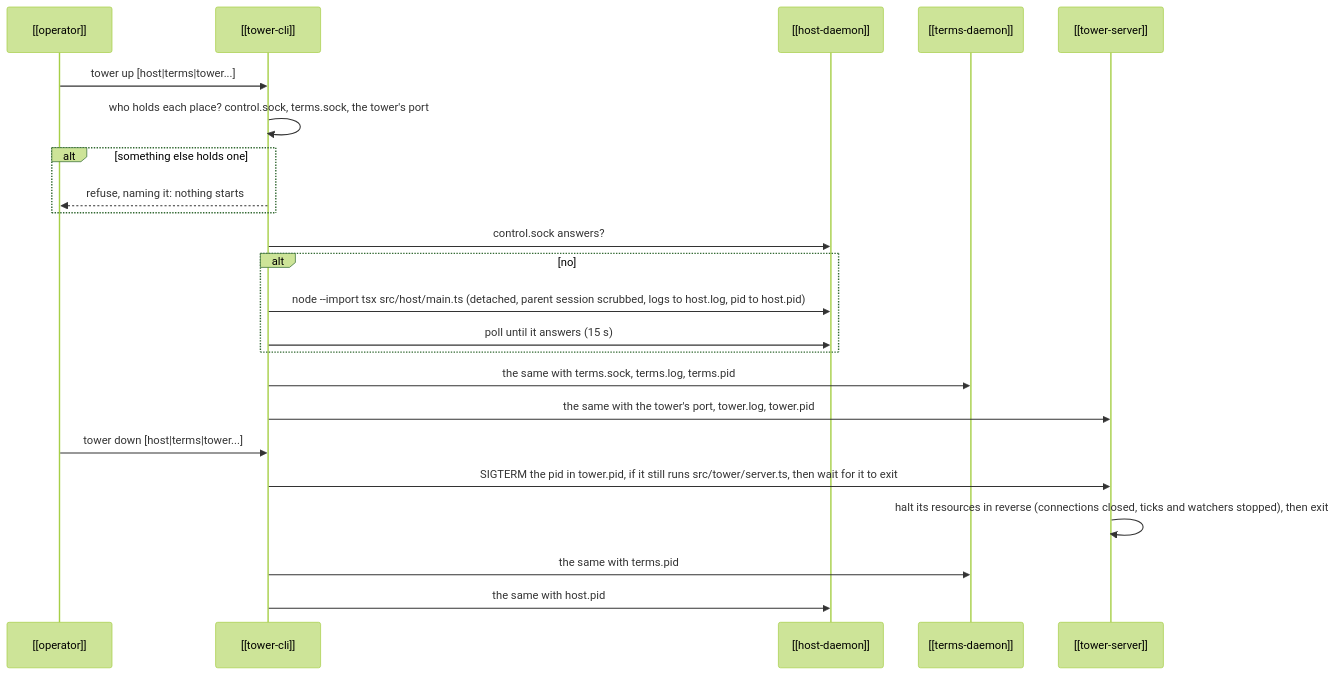
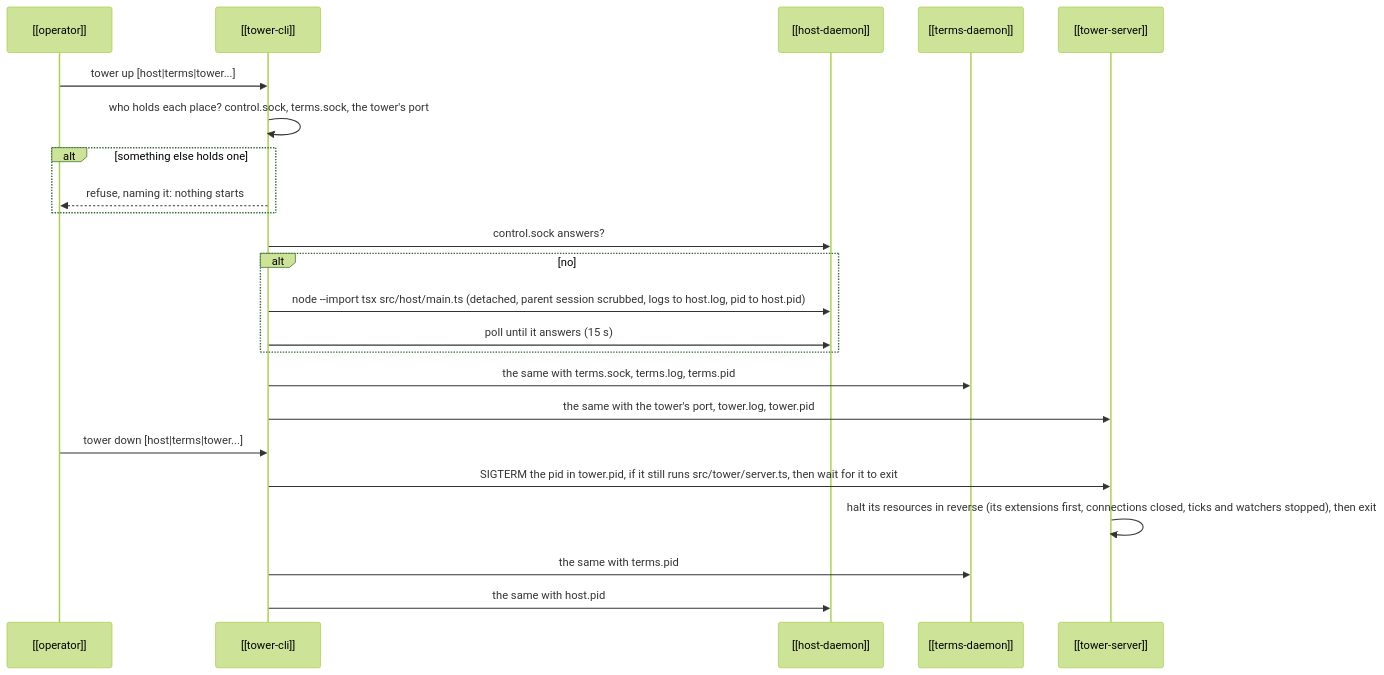
The diagram in kb/entities/flows/bring-up.md (RegiByte/the-tower), drawn with Mermaid (forest theme) before and after one commit. The commit also changed other lines of this file and 13 other files, not shown here.

````diff
--- a/kb/entities/flows/bring-up.md
+++ b/kb/entities/flows/bring-up.md
@@ -12,25 +12,25 @@
 ```mermaid
 sequenceDiagram
   participant O as [[operator]]
   participant M as [[tower-cli]]
   participant H as [[host-daemon]]
   participant S as [[terms-daemon]]
   participant T as [[tower-server]]
   O->>M: tower up [host|terms|tower...]
   M->>M: who holds each place? control.sock, terms.sock, the tower's port
   alt something else holds one
     M-->>O: refuse, naming it: nothing starts
   end
   M->>H: control.sock answers?
   alt no
     M->>H: node --import tsx src/host/main.ts (detached, parent session scrubbed, logs to host.log, pid to host.pid)
     M->>H: poll until it answers (15 s)
   end
   M->>S: the same with terms.sock, terms.log, terms.pid
   M->>T: the same with the tower's port, tower.log, tower.pid
   O->>M: tower down [host|terms|tower...]
   M->>T: SIGTERM the pid in tower.pid, if it still runs src/tower/server.ts, then wait for it to exit
-  T->>T: halt its resources in reverse (connections closed, ticks and watchers stopped), then exit
+  T->>T: halt its resources in reverse (its extensions first, connections closed, ticks and watchers stopped), then exit
   M->>S: the same with terms.pid
   M->>H: the same with host.pid
 ```
````
